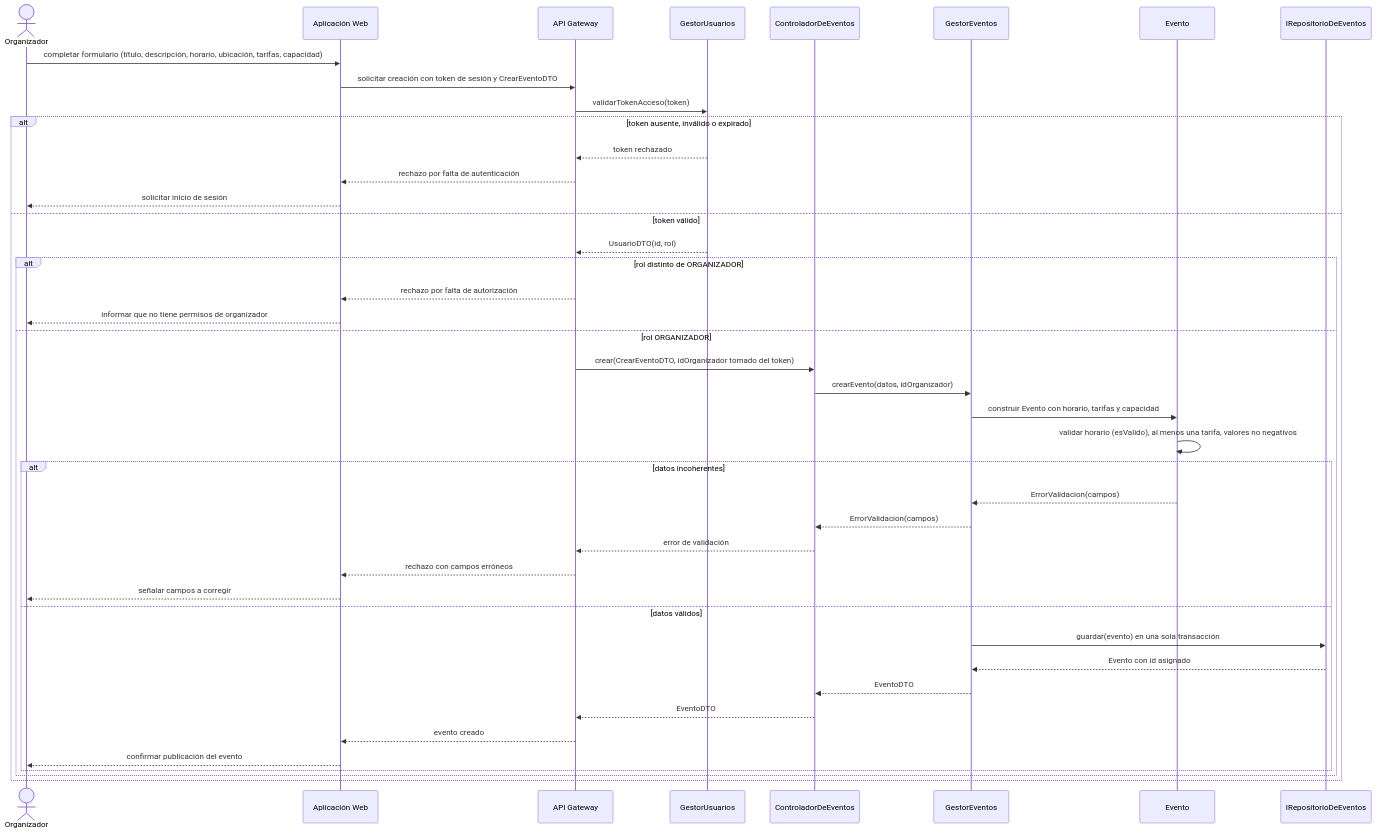
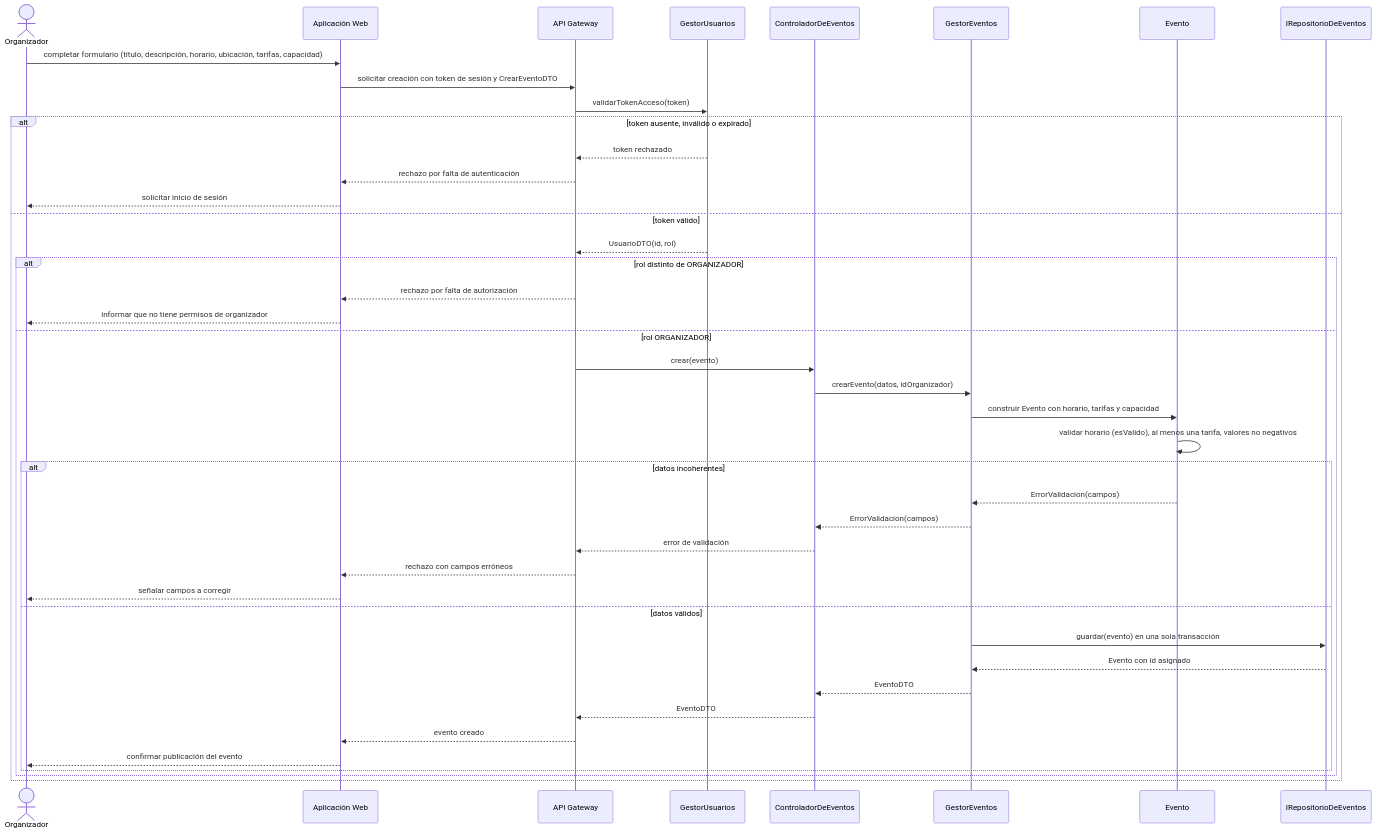
The second of 3 diagrams in Docs/Design/02_Interaction_and_Data_Design - Version 1.md (ProyectPlanning/Sistema_de_eventos), drawn with Mermaid before and after one commit. The commit also changed other lines of this file, not shown here.

````diff
--- a/Docs/Design/02_Interaction_and_Data_Design - Version 1.md
+++ b/Docs/Design/02_Interaction_and_Data_Design - Version 1.md
@@ -104,46 +104,46 @@
 ```mermaid
 sequenceDiagram
     actor O as Organizador
     participant WEB as Aplicación Web
     participant GW as API Gateway
     participant GU as GestorUsuarios
     participant CE as ControladorDeEventos
     participant GE as GestorEventos
     participant EV as Evento
     participant REP as IRepositorioDeEventos
 
     O->>WEB: completar formulario (título, descripción, horario, ubicación, tarifas, capacidad)
     WEB->>GW: solicitar creación con token de sesión y CrearEventoDTO
     GW->>GU: validarTokenAcceso(token)
 
     alt token ausente, inválido o expirado
         GU-->>GW: token rechazado
         GW-->>WEB: rechazo por falta de autenticación
         WEB-->>O: solicitar inicio de sesión
     else token válido
         GU-->>GW: UsuarioDTO(id, rol)
         alt rol distinto de ORGANIZADOR
             GW-->>WEB: rechazo por falta de autorización
             WEB-->>O: informar que no tiene permisos de organizador
         else rol ORGANIZADOR
-            GW->>CE: crear(CrearEventoDTO, idOrganizador tomado del token)
+            GW->>CE: crear(evento)
             CE->>GE: crearEvento(datos, idOrganizador)
             GE->>EV: construir Evento con horario, tarifas y capacidad
             EV->>EV: validar horario (esValido), al menos una tarifa, valores no negativos
             alt datos incoherentes
                 EV-->>GE: ErrorValidacion(campos)
                 GE-->>CE: ErrorValidacion(campos)
                 CE-->>GW: error de validación
                 GW-->>WEB: rechazo con campos erróneos
                 WEB-->>O: señalar campos a corregir
             else datos válidos
                 GE->>REP: guardar(evento) en una sola transacción
                 REP-->>GE: Evento con id asignado
                 GE-->>CE: EventoDTO
                 CE-->>GW: EventoDTO
                 GW-->>WEB: evento creado
                 WEB-->>O: confirmar publicación del evento
             end
         end
     end
 ```
````
